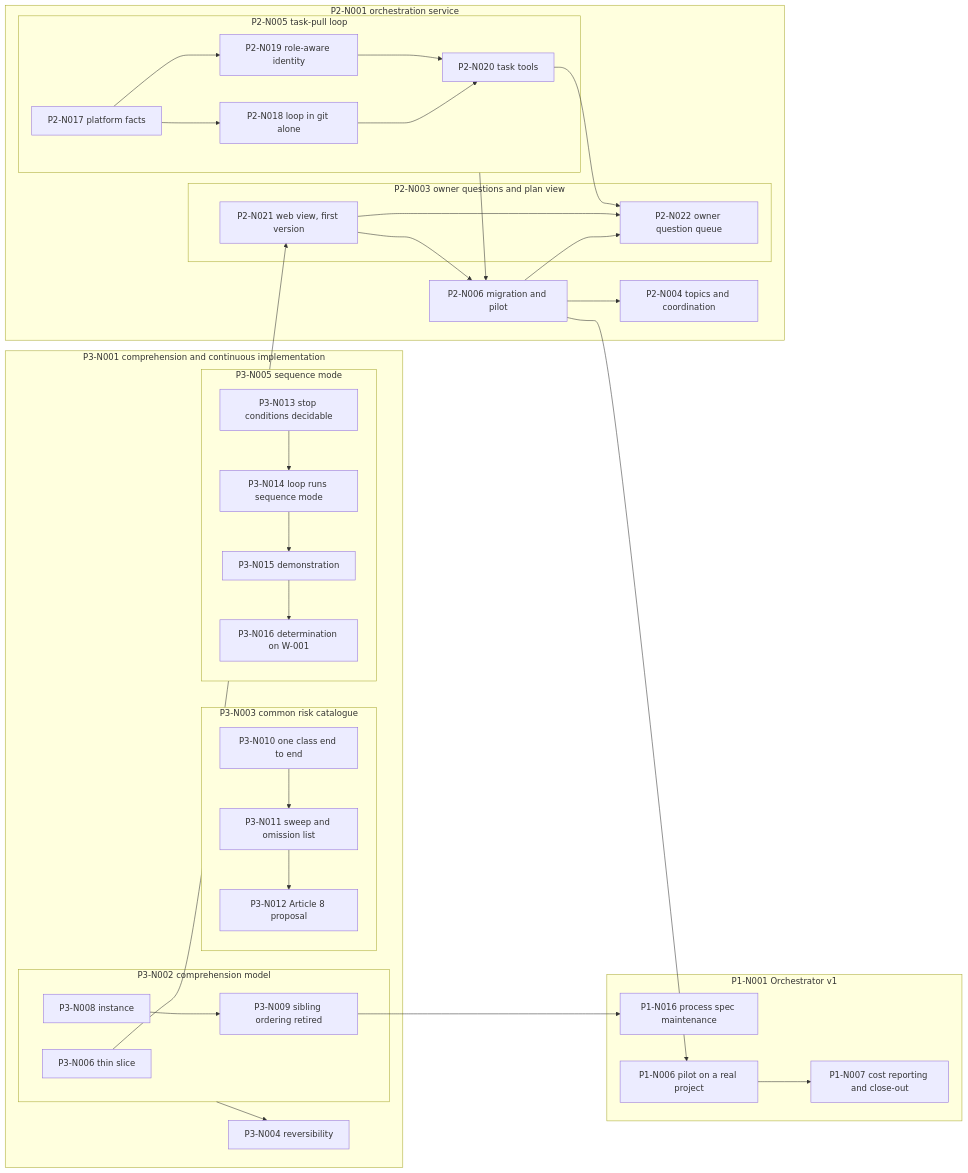
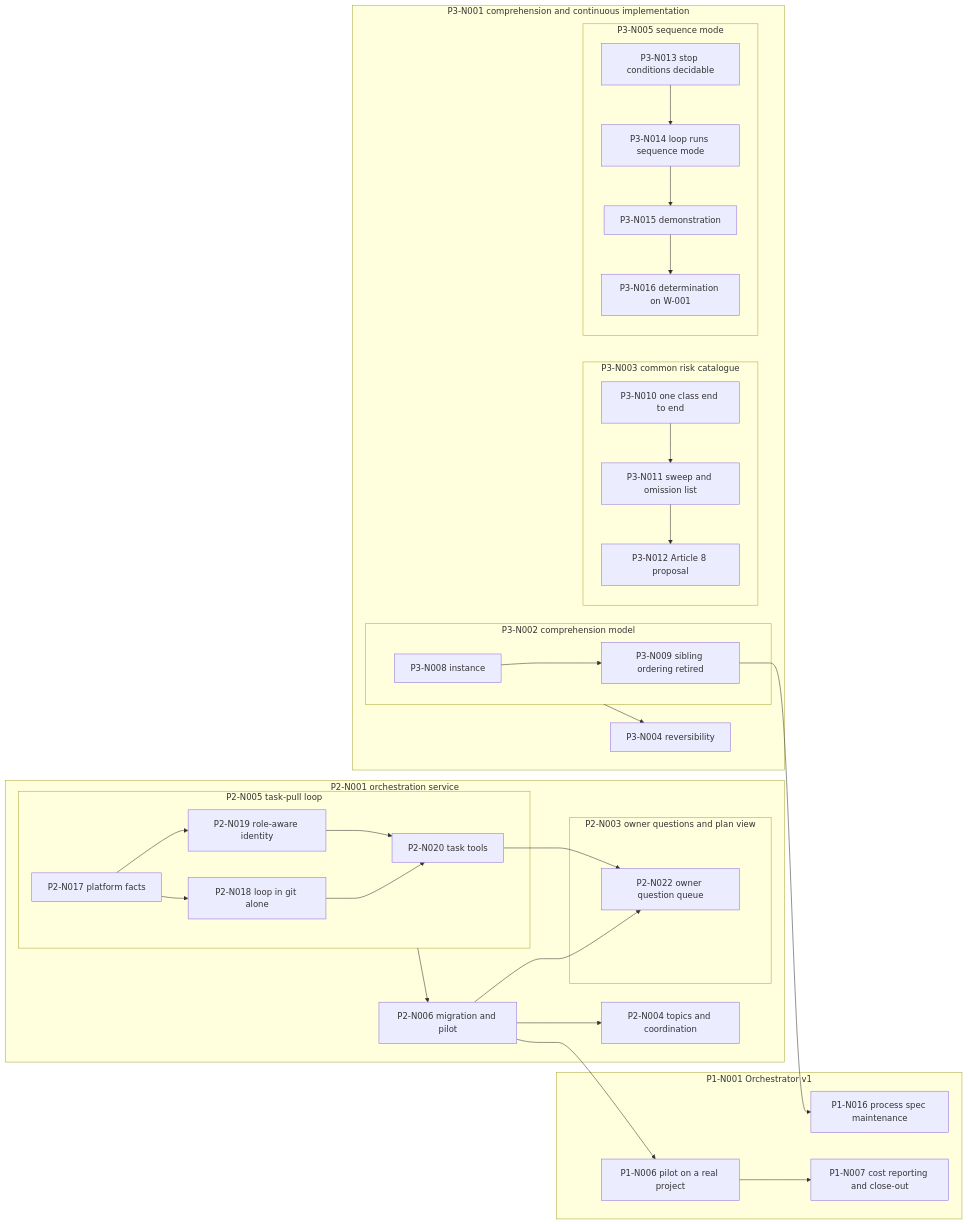
Before and after one commit to majodali/project-orchestrator: the diagram in docs/plan.md, drawn with Mermaid. The commit also changed other lines of this file and 4 other files, not shown here.

````diff
--- a/docs/plan.md
+++ b/docs/plan.md
@@ -505,57 +505,52 @@
 ```mermaid
 graph LR
   subgraph P1N001["P1-N001 Orchestrator v1"]
     P1N016["P1-N016 process spec maintenance"]
     P1N006["P1-N006 pilot on a real project"]
     P1N007["P1-N007 cost reporting and close-out"]
   end
   subgraph P2N001["P2-N001 orchestration service"]
     subgraph P2N003["P2-N003 owner questions and plan view"]
-      P2N021["P2-N021 web view, first version"]
       P2N022["P2-N022 owner question queue"]
     end
     P2N004["P2-N004 topics and coordination"]
     subgraph P2N005["P2-N005 task-pull loop"]
       P2N017["P2-N017 platform facts"]
       P2N018["P2-N018 loop in git alone"]
       P2N019["P2-N019 role-aware identity"]
       P2N020["P2-N020 task tools"]
     end
     P2N006["P2-N006 migration and pilot"]
   end
   subgraph P3N001["P3-N001 comprehension and continuous implementation"]
     subgraph P3N002["P3-N002 comprehension model"]
-      P3N006["P3-N006 thin slice"]
       P3N008["P3-N008 instance"]
       P3N009["P3-N009 sibling ordering retired"]
     end
     subgraph P3N003["P3-N003 common risk catalogue"]
       P3N010["P3-N010 one class end to end"]
       P3N011["P3-N011 sweep and omission list"]
       P3N012["P3-N012 Article 8 proposal"]
     end
     P3N004["P3-N004 reversibility"]
     subgraph P3N005["P3-N005 sequence mode"]
       P3N013["P3-N013 stop conditions decidable"]
       P3N014["P3-N014 loop runs sequence mode"]
       P3N015["P3-N015 demonstration"]
       P3N016["P3-N016 determination on W-001"]
     end
   end
   P3N008 --> P3N009
   P3N010 --> P3N011 --> P3N012
   P3N013 --> P3N014 --> P3N015 --> P3N016
   P3N002 --> P3N004
-  P3N006 --> P2N021
-  P2N021 --> P2N006
   P2N006 --> P2N022
-  P2N021 --> P2N022
   P2N017 --> P2N018 --> P2N020
   P2N017 --> P2N019 --> P2N020
   P2N020 --> P2N022
   P2N005 --> P2N006
   P2N006 --> P2N004
   P2N006 --> P1N006
   P1N006 --> P1N007
   P3N009 --> P1N016
 ```
````
